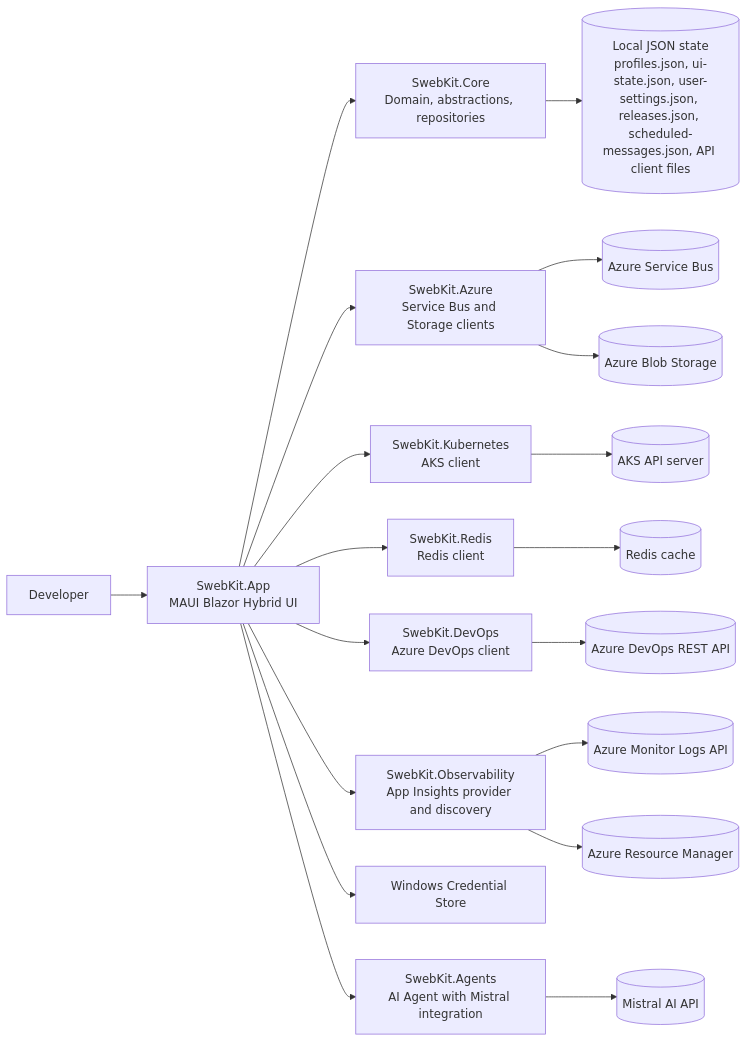
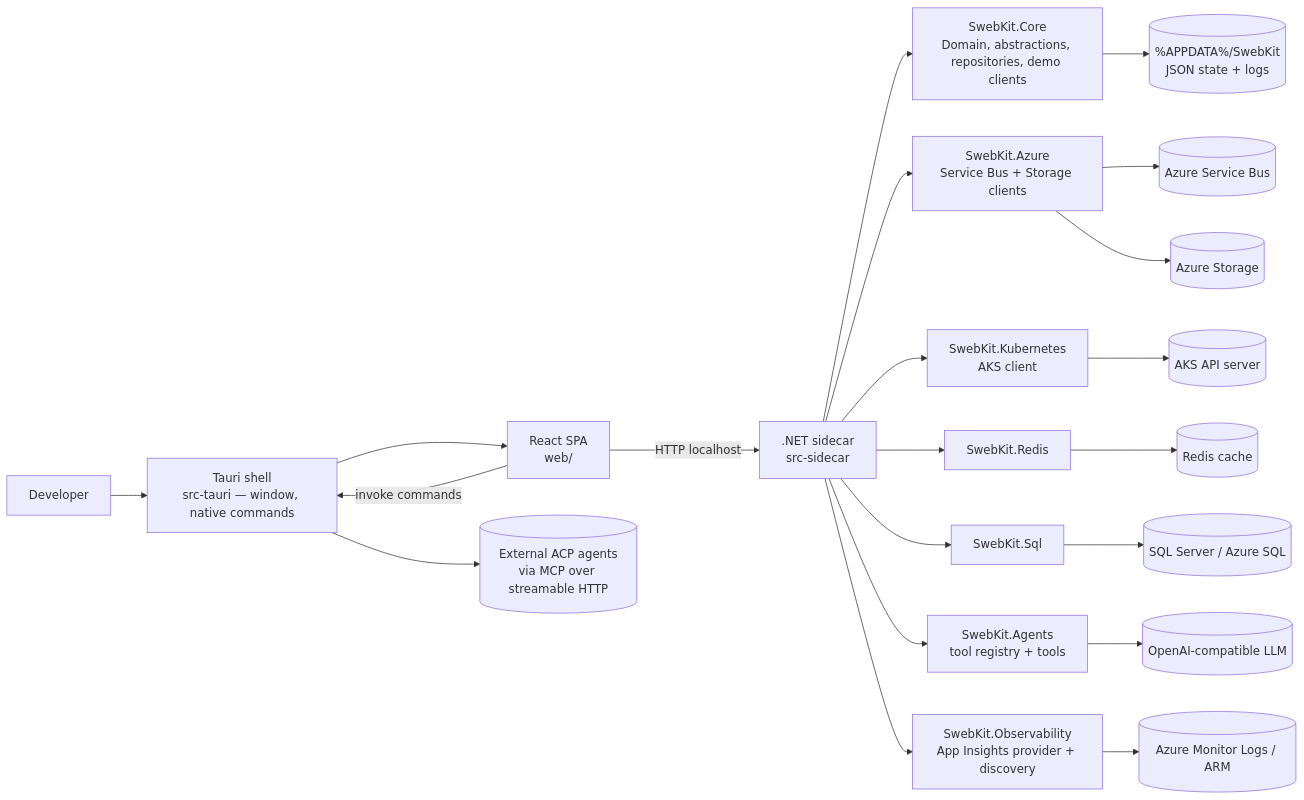
The diagram in docs/architecture/architecture.md (SWojtyla/SwebKit), drawn with Mermaid before and after one commit. The commit also changed other lines of this file and 964 other files, not shown here.

````diff
--- a/docs/architecture/architecture.md
+++ b/docs/architecture/architecture.md
@@ -41,25 +37,27 @@
 ```mermaid
 flowchart LR
-    User[Developer] --> App[SwebKit.App\nMAUI Blazor Hybrid UI]
+    User[Developer] --> Shell[Tauri shell\nsrc-tauri — window, native commands]
+    Shell --> Web[React SPA\nweb/]
 
-    App --> Core[SwebKit.Core\nDomain, abstractions, repositories]
-    App --> Azure[SwebKit.Azure\nService Bus and Storage clients]
-    App --> K8s[SwebKit.Kubernetes\nAKS client]
-    App --> Redis[SwebKit.Redis\nRedis client]
-    App --> DevOps[SwebKit.DevOps\nAzure DevOps client]
-    App --> Obs[SwebKit.Observability\nApp Insights provider and discovery]
-    App --> Cred[Windows Credential Store]
+    Web -->|HTTP localhost| Sidecar[.NET sidecar\nsrc-sidecar]
+    Web -->|invoke commands| Shell
 
-    Core --> LocalState[(Local JSON state\nprofiles.json, ui-state.json, user-settings.json, releases.json, scheduled-messages.json, API client files)]
+    Sidecar --> Core[SwebKit.Core\nDomain, abstractions, repositories, demo clients]
+    Sidecar --> Azure[SwebKit.Azure\nService Bus + Storage clients]
+    Sidecar --> K8s[SwebKit.Kubernetes\nAKS client]
+    Sidecar --> Redis[SwebKit.Redis]
+    Sidecar --> Sql[SwebKit.Sql]
+    Sidecar --> Agents[SwebKit.Agents\ntool registry + tools]
+    Sidecar --> Obs[SwebKit.Observability\nApp Insights provider + discovery]
+
+    Core --> LocalState[(%APPDATA%/SwebKit\nJSON state + logs)]
 
     Azure --> SB[(Azure Service Bus)]
-    Azure --> Blob[(Azure Blob Storage)]
+    Azure --> Blob[(Azure Storage)]
     K8s --> AksApi[(AKS API server)]
     Redis --> RedisSvc[(Redis cache)]
-    DevOps --> Ado[(Azure DevOps REST API)]
-    Obs --> Monitor[(Azure Monitor Logs API)]
-    Obs --> Arm[(Azure Resource Manager)]
-    App --> Agents[SwebKit.Agents
-AI Agent with Mistral integration]
-    Agents --> Mistral[(Mistral AI API)]
+    Sql --> SqlSvc[(SQL Server / Azure SQL)]
+    Obs --> Monitor[(Azure Monitor Logs / ARM)]
+    Agents --> LLM[(OpenAI-compatible LLM)]
+    Shell --> Acp[(External ACP agents\nvia MCP over streamable HTTP)]
 ```
````
